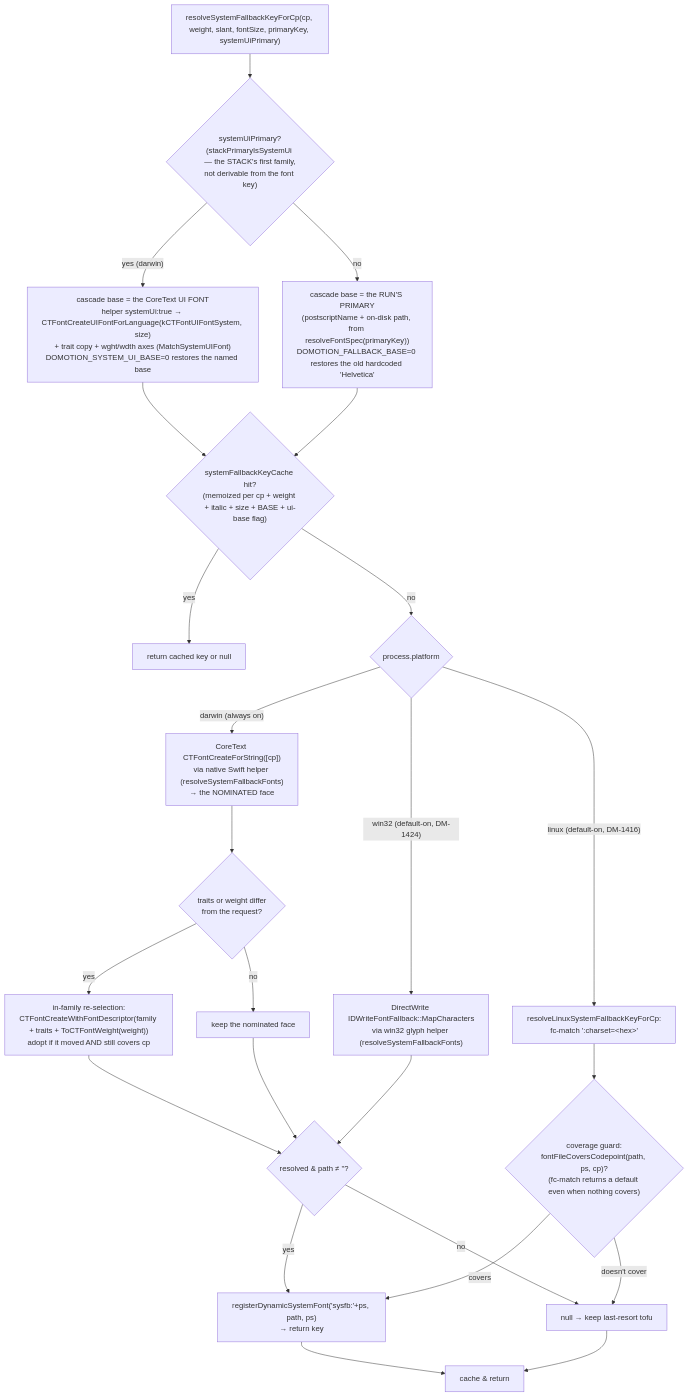
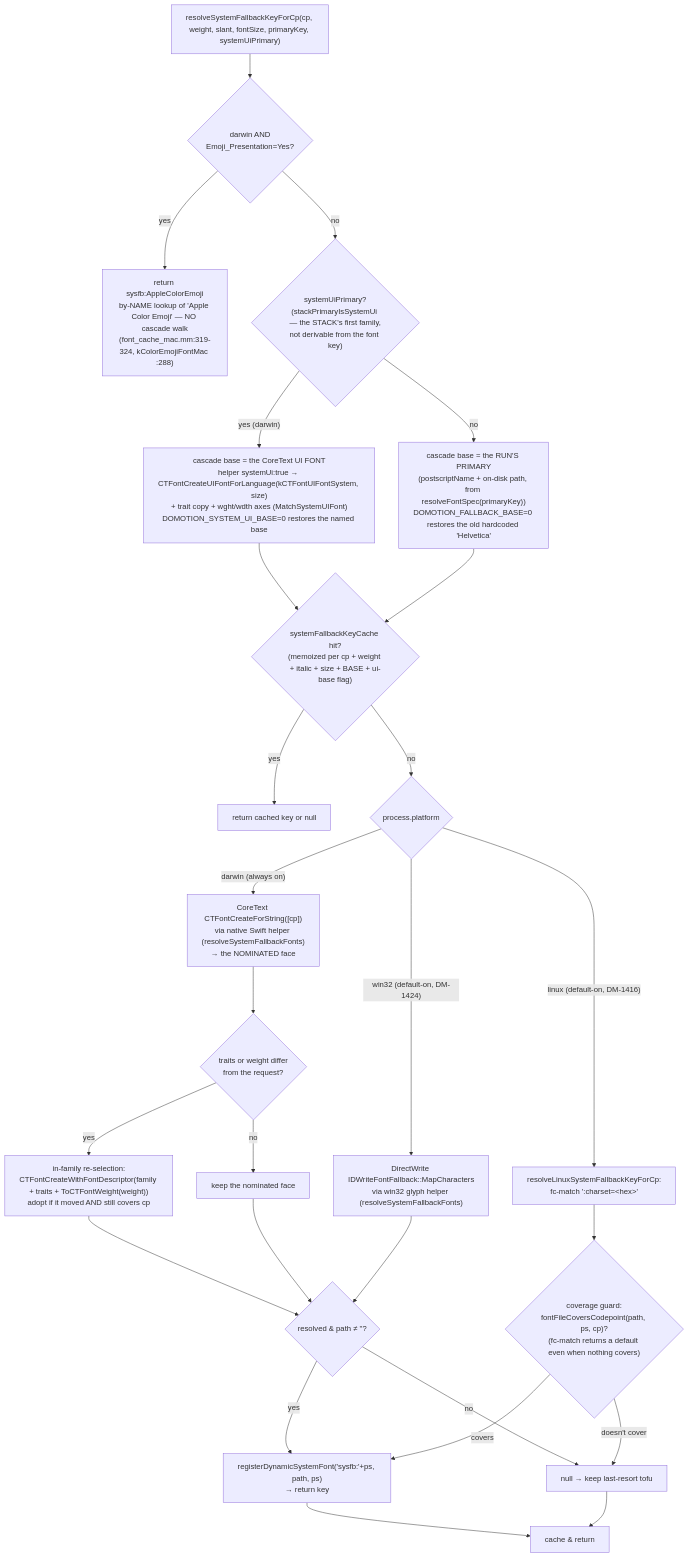
Before and after one commit to brianwestphal/domotion: the tenth of 11 diagrams in docs/font-resolution-diagram.md, drawn with Mermaid. The commit also changed other lines of this file and 2 other files, not shown here.

First line of the commit message:
fix(fonts): return the colour-emoji face by name, the way Blink does (DM-1884)

````diff
--- a/docs/font-resolution-diagram.md
+++ b/docs/font-resolution-diagram.md
@@ -791,26 +791,28 @@
 ```mermaid
 flowchart TD
-  SR0["resolveSystemFallbackKeyForCp(cp, weight, slant, fontSize, primaryKey, systemUiPrimary)"] --> SRUI{"systemUiPrimary?<br/>(stackPrimaryIsSystemUi — the STACK's first family,<br/>not derivable from the font key)"}
+  SR0["resolveSystemFallbackKeyForCp(cp, weight, slant, fontSize, primaryKey, systemUiPrimary)"] --> SREM{"darwin AND<br/>Emoji_Presentation=Yes?"}
+  SREM -->|"yes"| SREMF["return sysfb:AppleColorEmoji<br/>by-NAME lookup of 'Apple Color Emoji' — NO cascade walk<br/>(font_cache_mac.mm:319-324, kColorEmojiFontMac :288)"]
+  SREM -->|"no"| SRUI{"systemUiPrimary?<br/>(stackPrimaryIsSystemUi — the STACK's first family,<br/>not derivable from the font key)"}
   SRUI -->|"yes (darwin)"| SRUIB["cascade base = the CoreText UI FONT<br/>helper systemUi:true → CTFontCreateUIFontForLanguage(kCTFontUIFontSystem, size)<br/>+ trait copy + wght/wdth axes (MatchSystemUIFont)<br/>DOMOTION_SYSTEM_UI_BASE=0 restores the named base"]
   SRUI -->|"no"| SRB["cascade base = the RUN'S PRIMARY<br/>(postscriptName + on-disk path, from resolveFontSpec(primaryKey))<br/>DOMOTION_FALLBACK_BASE=0 restores the old hardcoded 'Helvetica'"]
   SRUIB --> SR1
   SRB --> SR1{"systemFallbackKeyCache hit?<br/>(memoized per cp + weight + italic + size + BASE + ui-base flag)"}
   SR1 -->|"yes"| SRC["return cached key or null"]
   SR1 -->|"no"| SR2{"process.platform"}
   SR2 -->|"darwin (always on)"| SRD0["CoreText CTFontCreateForString([cp])<br/>via native Swift helper (resolveSystemFallbackFonts)<br/>→ the NOMINATED face"]
   SRD0 --> SRD{"traits or weight differ<br/>from the request?"}
   SRD -->|"yes"| SRD1["in-family re-selection:<br/>CTFontCreateWithFontDescriptor(family + traits + ToCTFontWeight(weight))<br/>adopt if it moved AND still covers cp"]
   SRD -->|"no"| SRDN["keep the nominated face"]
   SR2 -->|"linux (default-on, DM-1416)"| SRL["resolveLinuxSystemFallbackKeyForCp:<br/>fc-match ':charset=&lt;hex&gt;'"]
   SR2 -->|"win32 (default-on, DM-1424)"| SRW["DirectWrite IDWriteFontFallback::MapCharacters<br/>via win32 glyph helper (resolveSystemFallbackFonts)"]
   SRD1 --> SRG{"resolved & path ≠ ''?"}
   SRDN --> SRG
   SRL --> SRLG{"coverage guard:<br/>fontFileCoversCodepoint(path, ps, cp)?<br/>(fc-match returns a default even when nothing covers)"}
   SRW --> SRG
   SRG -->|"yes"| SRR["registerDynamicSystemFont('sysfb:'+ps, path, ps)<br/>→ return key"]
   SRG -->|"no"| SRNull["null → keep last-resort tofu"]
   SRLG -->|"covers"| SRR
   SRLG -->|"doesn't cover"| SRNull
   SRR --> SRcache["cache & return"]
   SRNull --> SRcache
 ```
````
